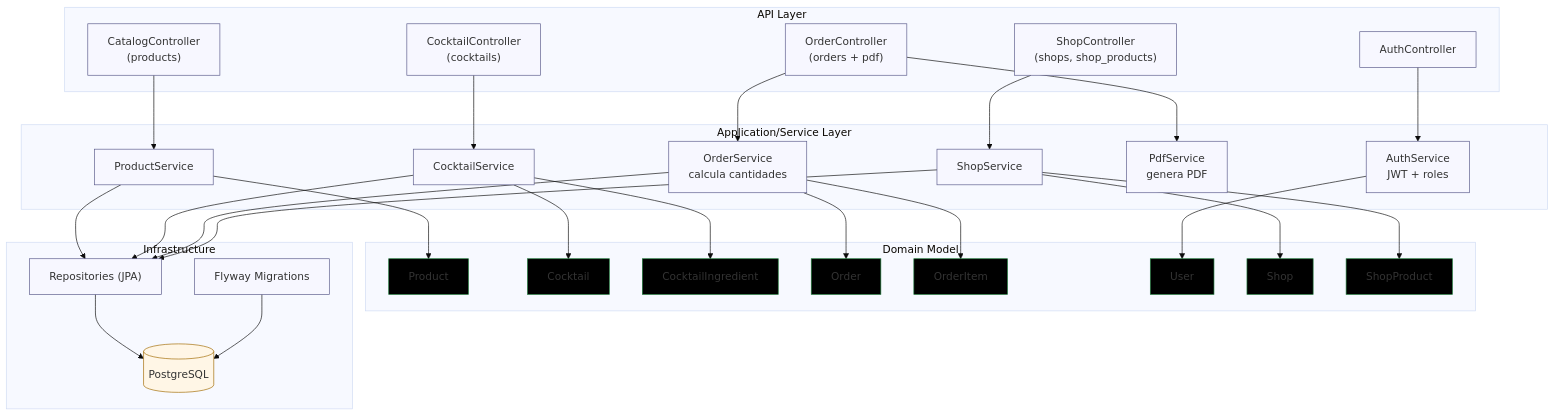
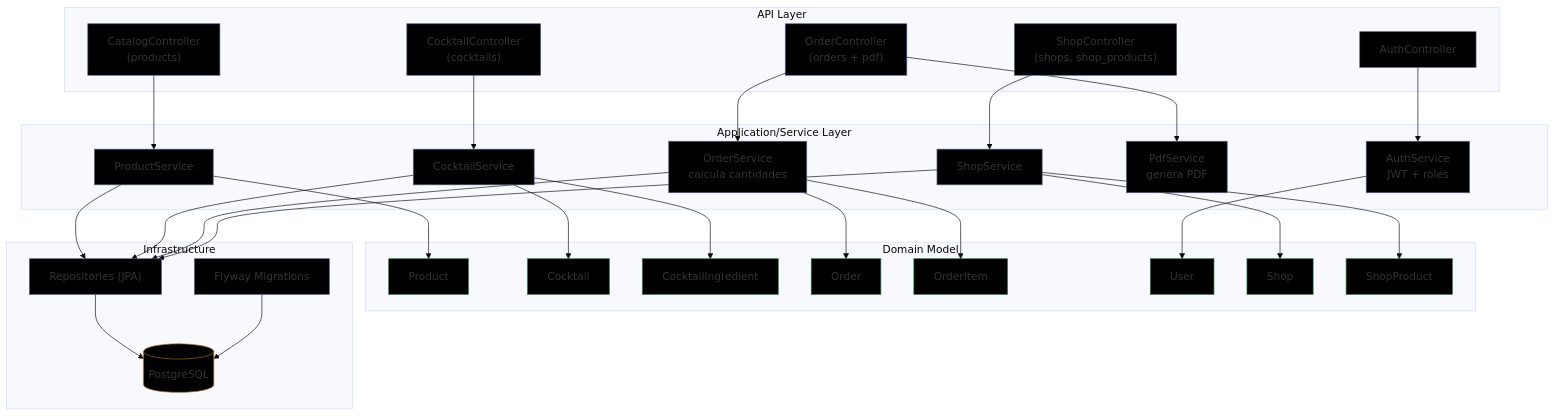
The third of 3 diagrams in Readme.md (Fran3103/CocktailOps), drawn with Mermaid (base theme) before and after one commit. The commit also changed other lines of this file, not shown here.

````diff
--- a/Readme.md
+++ b/Readme.md
@@ -140,65 +140,65 @@
 ```mermaid
 flowchart TB
 subgraph API["API Layer"]
     C1["AuthController"]:::box
     C2["CatalogController<br/>(products)"]:::box
     C3["CocktailController<br/>(cocktails)"]:::box
     C4["OrderController<br/>(orders + pdf)"]:::box
     C5["ShopController<br/>(shops, shop_products)"]:::box
 end
 
 subgraph APP["Application/Service Layer"]
     S1["AuthService<br/>JWT + roles"]:::box
     S2["ProductService"]:::box
     S3["CocktailService"]:::box
     S4["OrderService<br/>calcula cantidades"]:::box
     S5["PdfService<br/>genera PDF"]:::box
     S6["ShopService"]:::box
 end
 
 subgraph DOMAIN["Domain Model"]
     D1["Product"]:::entity
     D2["Cocktail"]:::entity
     D3["CocktailIngredient"]:::entity
     D4["Order"]:::entity
     D5["OrderItem"]:::entity
     D6["User"]:::entity
     D7["Shop"]:::entity
     D8["ShopProduct"]:::entity
 end
 
 subgraph INFRA["Infrastructure"]
     R1["Repositories (JPA)"]:::box
     FLY["Flyway Migrations"]:::box
     DB[("PostgreSQL")]:::db
 end
 
 %% Wiring
 C1 --> S1
 C2 --> S2
 C3 --> S3
 C4 --> S4
 C4 --> S5
 C5 --> S6
 
 S2 --> R1
 S3 --> R1
 S4 --> R1
 S6 --> R1
 
 R1 --> DB
 FLY --> DB
 
 S2 --> D1
 S3 --> D2
 S3 --> D3
 S4 --> D4
 S4 --> D5
 S1 --> D6
 S6 --> D7
 S6 --> D8
 
-classDef box fill:#f7f7ff,stroke:#5a5a8a,stroke-width:1px;
-classDef db fill:#fff6e6,stroke:#a06a00,stroke-width:1px;
+classDef box fill:#000000,stroke:#5a5a8a,stroke-width:1px;
+classDef db fill:#000000,stroke:#a06a00,stroke-width:1px;
 classDef entity fill:#000000,stroke:#1f7a3a,stroke-width:1px;
 ```  
````
